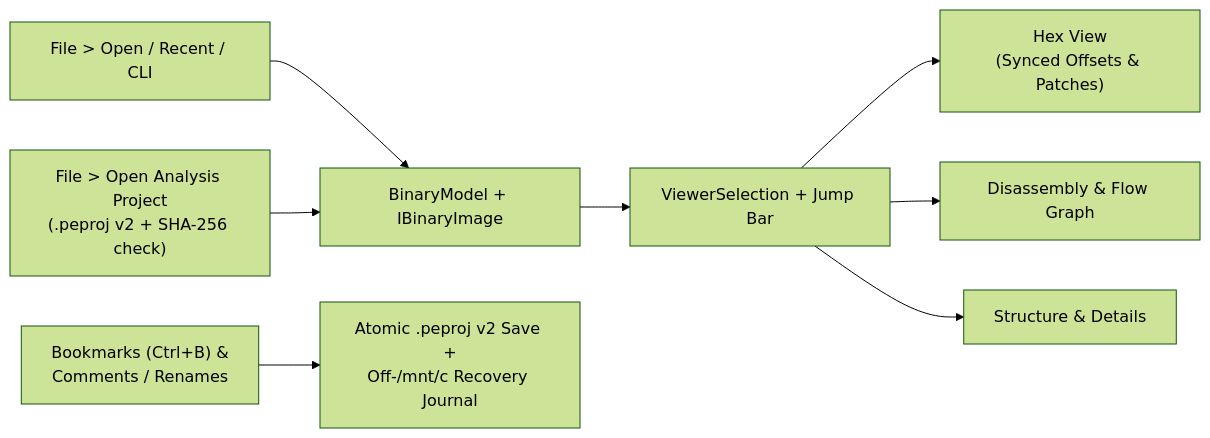
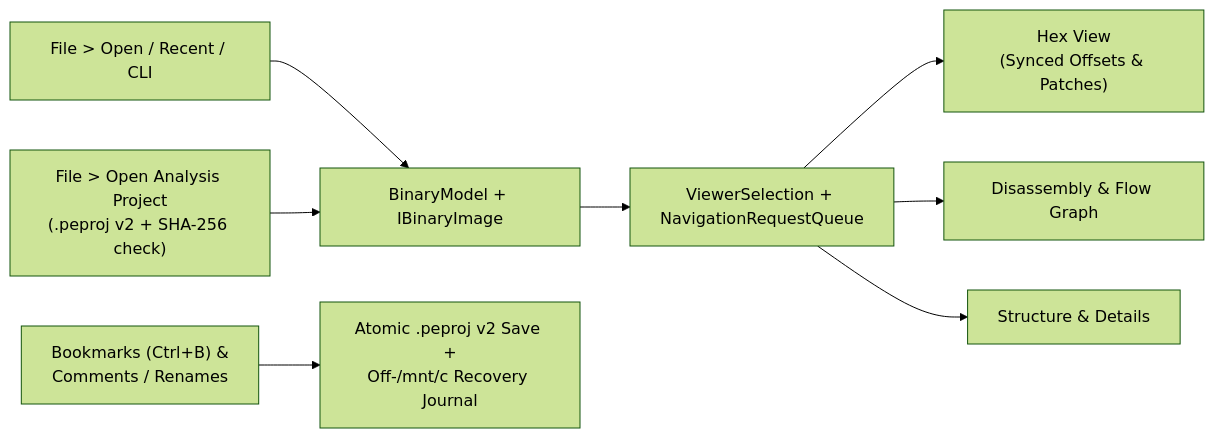
One commit to wsollers/exe_viewer changed the first of 5 diagrams in docs/USER_GUIDE.md. Above: the diagram before and after it, drawn with Mermaid (forest theme). The commit also changed other lines of this file and 19 other files, not shown here.

````diff
--- a/docs/USER_GUIDE.md
+++ b/docs/USER_GUIDE.md
@@ -114,10 +115,10 @@
 ```mermaid
 flowchart LR
     open["File > Open / Recent / CLI"] --> model["BinaryModel + IBinaryImage"]
     proj["File > Open Analysis Project<br/>(.peproj v2 + SHA-256 check)"] --> model
-    model --> nav["ViewerSelection + Jump Bar"]
+    model --> nav["ViewerSelection + NavigationRequestQueue"]
     nav --> hex["Hex View<br/>(Synced Offsets & Patches)"]
     nav --> dis["Disassembly & Flow Graph"]
     nav --> str["Structure & Details"]
     bmk["Bookmarks (Ctrl+B) &<br/>Comments / Renames"] --> save["Atomic .peproj v2 Save +<br/>Off-/mnt/c Recovery Journal"]
 ```
````
